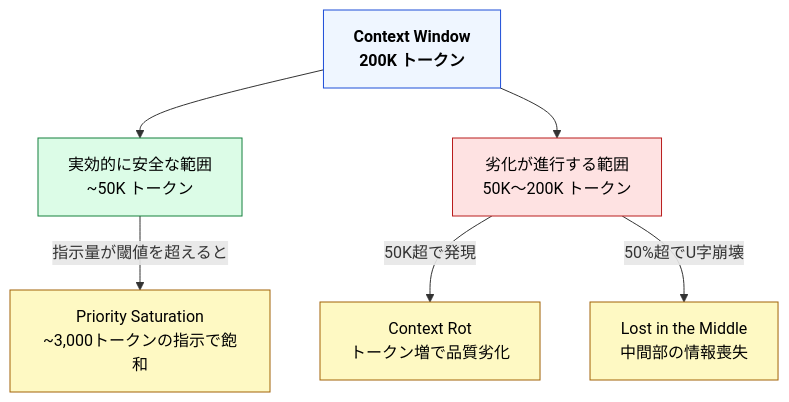
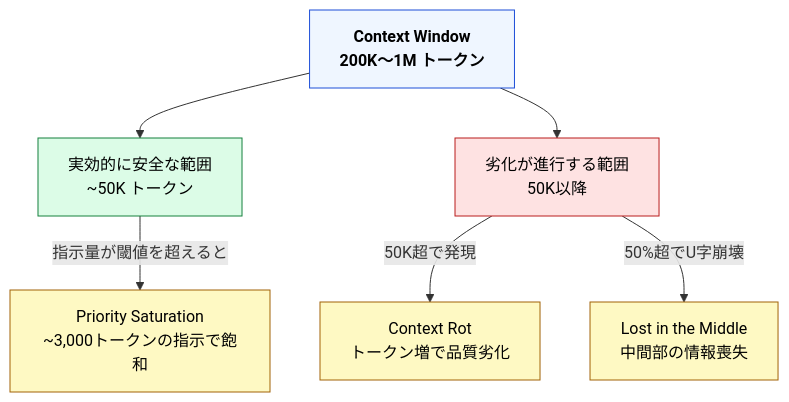
The third of 4 diagrams in docs/02-context-window/token-context-basics.md (shuji-bonji/understanding-llm-through-claude-code), drawn with Mermaid before and after one commit. The commit also changed other lines of this file and 4 other files, not shown here.

Commit message:
fix: Context Window サイズの最新性の追加

````diff
--- a/docs/02-context-window/token-context-basics.md
+++ b/docs/02-context-window/token-context-basics.md
@@ -140,27 +141,27 @@
 ```mermaid
 graph TD
-    CW["Context Window<br/>200K トークン"]
+    CW["Context Window<br/>200K〜1M トークン"]
 
     SAFE["実効的に安全な範囲<br/>~50K トークン"]
-    DANGER["劣化が進行する範囲<br/>50K〜200K トークン"]
+    DANGER["劣化が進行する範囲<br/>50K以降"]
 
     CW --> SAFE
     CW --> DANGER
 
     CR["Context Rot<br/>トークン増で品質劣化"]
     LM["Lost in the Middle<br/>中間部の情報喪失"]
     PS["Priority Saturation<br/>~3,000トークンの指示で飽和"]
 
     DANGER -->|"50K超で発現"| CR
     DANGER -->|"50%超でU字崩壊"| LM
     SAFE -->|"指示量が閾値を超えると"| PS
 
     classDef window fill:#eff6ff,stroke:#1d4ed8,color:#000,font-weight:bold
     classDef safe fill:#dcfce7,stroke:#15803d,color:#000
     classDef danger fill:#fee2e2,stroke:#b91c1c,color:#000
     classDef problem fill:#fef9c3,stroke:#a16207,color:#000
     class CW window
     class SAFE safe
     class DANGER danger
     class CR,LM,PS problem
 ```
````
